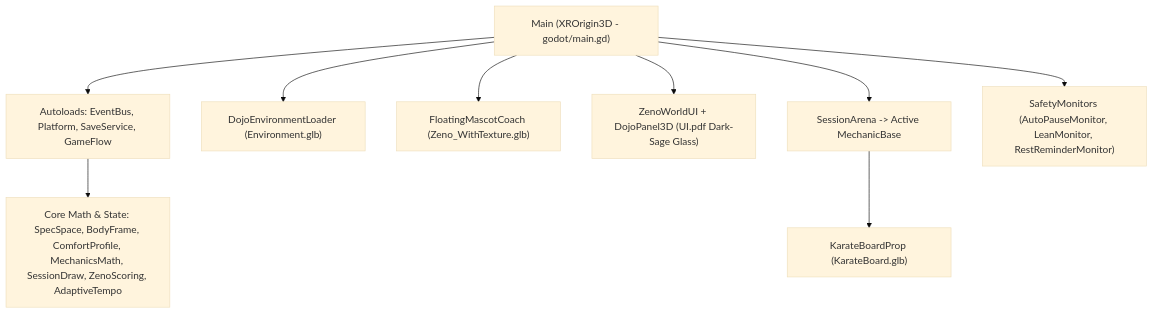
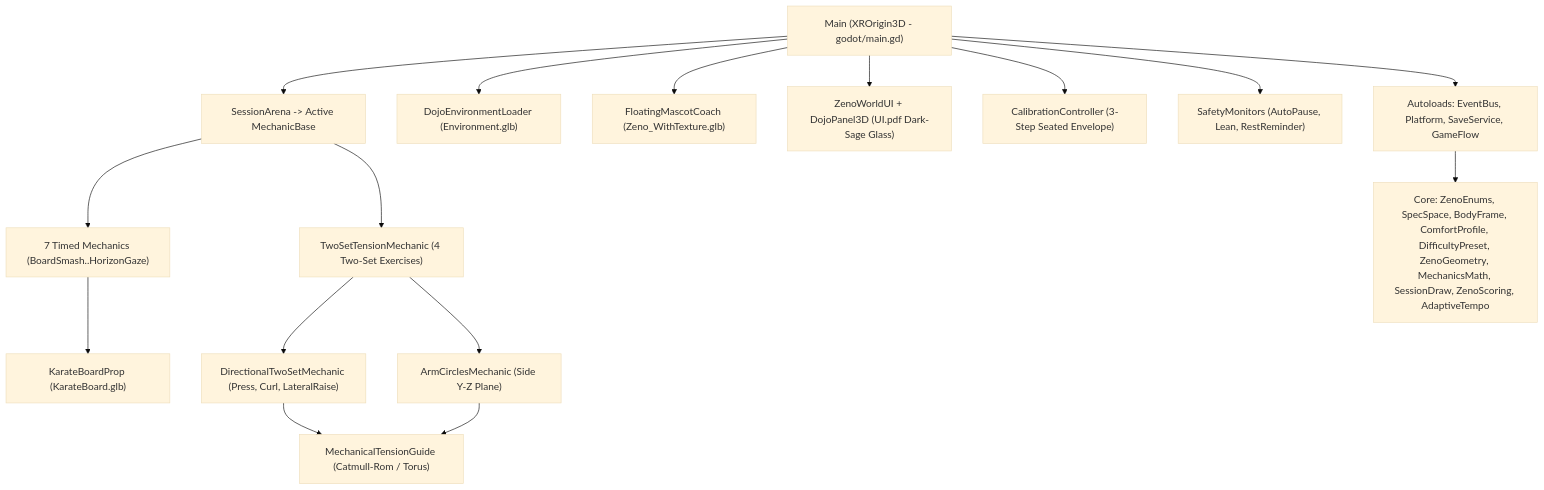
Before and after one commit to vinmarvin/ZenoFit-proto: the diagram in berkas/GodotDocs/DeveloperGuide/01-Architecture-And-How-It-Works.md, drawn with Mermaid (base theme). The commit also changed other lines of this file and 12 other files, not shown here.

````diff
--- a/berkas/GodotDocs/DeveloperGuide/01-Architecture-And-How-It-Works.md
+++ b/berkas/GodotDocs/DeveloperGuide/01-Architecture-And-How-It-Works.md
@@ -9,11 +10,18 @@
 ```mermaid
 flowchart TD
     Main["Main (XROrigin3D - godot/main.gd)"] --> Autoloads["Autoloads: EventBus, Platform, SaveService, GameFlow"]
     Main --> Env["DojoEnvironmentLoader (Environment.glb)"]
     Main --> Mascot["FloatingMascotCoach (Zeno_WithTexture.glb)"]
     Main --> UI["ZenoWorldUI + DojoPanel3D (UI.pdf Dark-Sage Glass)"]
+    Main --> Cal["CalibrationController (3-Step Seated Envelope)"]
+    Main --> Safety["SafetyMonitors (AutoPause, Lean, RestReminder)"]
     Main --> Arena["SessionArena -> Active MechanicBase"]
-    Arena --> BoardProp["KarateBoardProp (KarateBoard.glb)"]
-    Autoloads --> Core["Core Math & State: SpecSpace, BodyFrame, ComfortProfile, MechanicsMath, SessionDraw, ZenoScoring, AdaptiveTempo"]
-    Main --> Safety["SafetyMonitors (AutoPauseMonitor, LeanMonitor, RestReminderMonitor)"]
+    Arena --> Timed["7 Timed Mechanics (BoardSmash..HorizonGaze)"]
+    Arena --> TwoSet["TwoSetTensionMechanic (4 Two-Set Exercises)"]
+    Timed --> BoardProp["KarateBoardProp (KarateBoard.glb)"]
+    TwoSet --> DirTwoSet["DirectionalTwoSetMechanic (Press, Curl, LateralRaise)"]
+    TwoSet --> ArmCircles["ArmCirclesMechanic (Side Y-Z Plane)"]
+    DirTwoSet --> TensionGuide["MechanicalTensionGuide (Catmull-Rom / Torus)"]
+    ArmCircles --> TensionGuide
+    Autoloads --> Core["Core: ZenoEnums, SpecSpace, BodyFrame, ComfortProfile, DifficultyPreset, ZenoGeometry, MechanicsMath, SessionDraw, ZenoScoring, AdaptiveTempo"]
 ```
````
